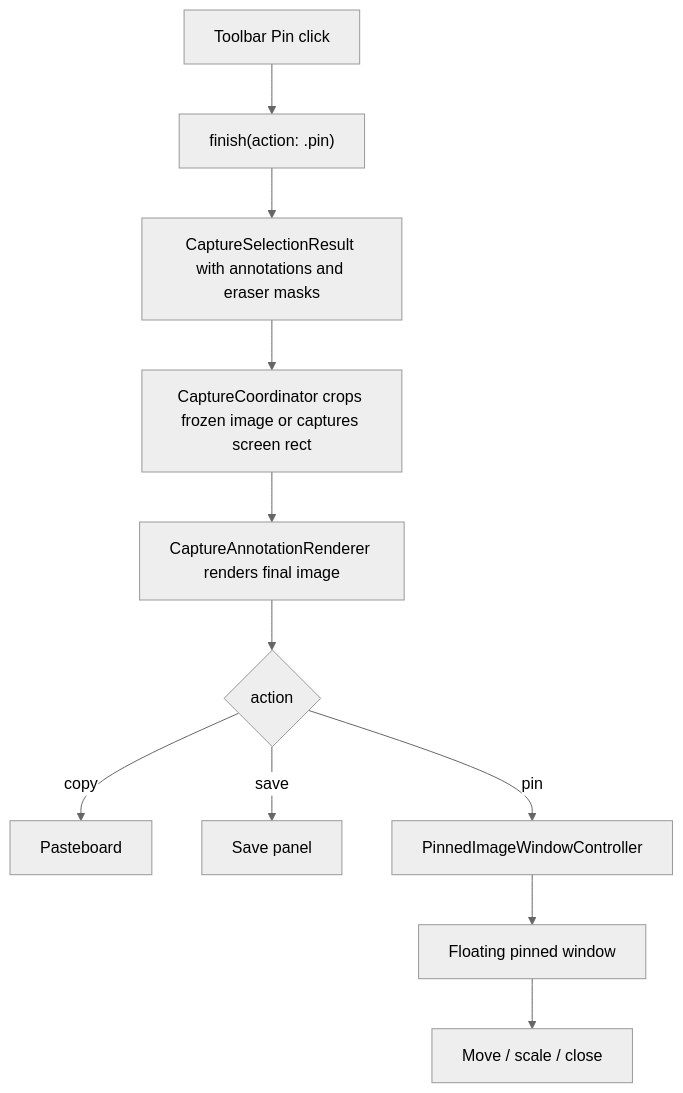
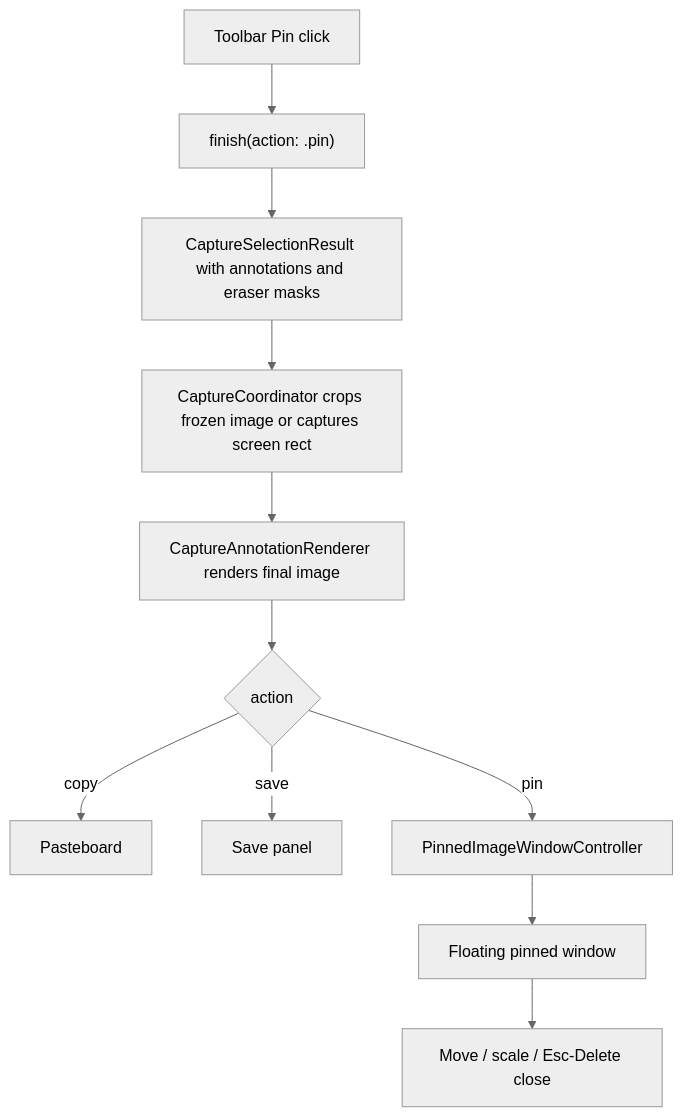
One commit to 0xkevin/xxsnap changed the diagram in docs/plans/2026-07-09-001-feat-pin-tool-plan.md. Above: the diagram before and after it, drawn with Mermaid (neutral theme). The commit also changed other lines of this file and 9 other files, not shown here.

````diff
--- a/docs/plans/2026-07-09-001-feat-pin-tool-plan.md
+++ b/docs/plans/2026-07-09-001-feat-pin-tool-plan.md
@@ -83,13 +83,13 @@
 ```mermaid
 flowchart TB
   A["Toolbar Pin click"] --> B["finish(action: .pin)"]
   B --> C["CaptureSelectionResult with annotations and eraser masks"]
   C --> D["CaptureCoordinator crops frozen image or captures screen rect"]
   D --> E["CaptureAnnotationRenderer renders final image"]
   E --> F{"action"}
   F -->|"copy"| G["Pasteboard"]
   F -->|"save"| H["Save panel"]
   F -->|"pin"| I["PinnedImageWindowController"]
   I --> J["Floating pinned window"]
-  J --> K["Move / scale / close"]
+  J --> K["Move / scale / Esc-Delete close"]
 ```
````
